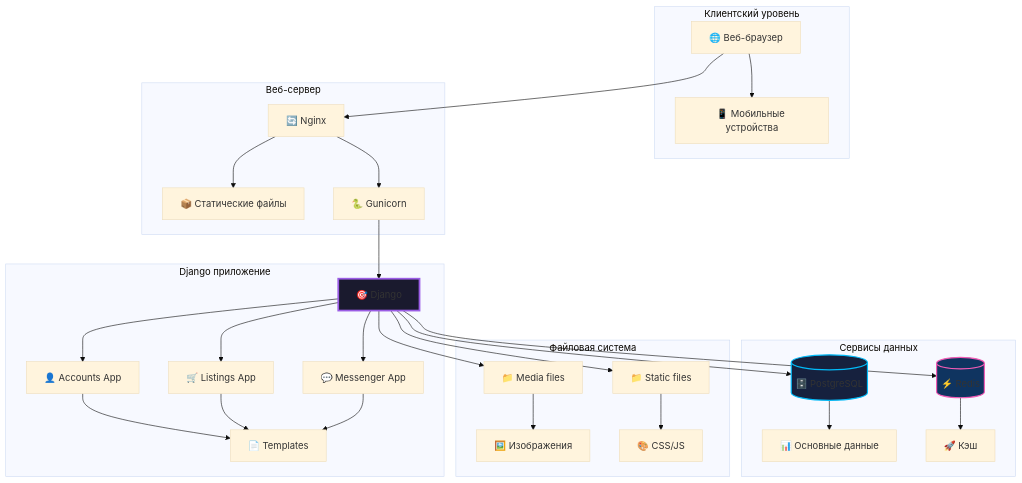
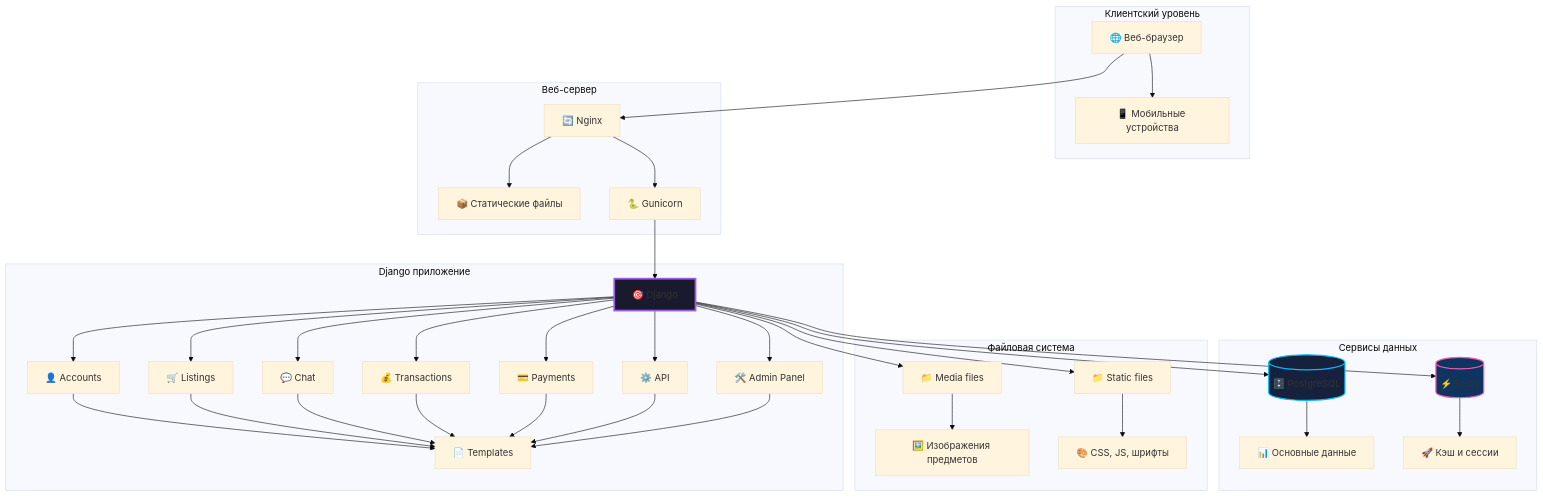
The diagram in README.md (reazonvan/LootLink---Marketplace), drawn with Mermaid (base theme) before and after one commit. The commit also changed other lines of this file, not shown here.

````diff
--- a/README.md
+++ b/README.md
@@ -148,42 +145,50 @@
 ```mermaid
 graph TB
     subgraph "Клиентский уровень"
         A[🌐 Веб-браузер] --> B[📱 Мобильные устройства]
     end
     
     subgraph "Веб-сервер"
         C[🔄 Nginx] --> D[📦 Статические файлы]
         C --> E[🐍 Gunicorn]
     end
     
     subgraph "Django приложение"
-        F[🎯 Django] --> G[👤 Accounts App]
-        F --> H[🛒 Listings App]
-        F --> I[💬 Messenger App]
+        F[🎯 Django] --> G[👤 Accounts]
+        F --> H[🛒 Listings]
+        F --> I[💬 Chat]
+        F --> J[💰 Transactions]
+        F --> K[💳 Payments]
+        F --> L[⚙️ API]
+        F --> M[🛠️ Admin Panel]
         
-        G --> J[📄 Templates]
-        H --> J
-        I --> J
+        G --> N[📄 Templates]
+        H --> N
+        I --> N
+        J --> N
+        K --> N
+        L --> N
+        M --> N
     end
     
     subgraph "Сервисы данных"
-        K[(🗄️ PostgreSQL)] --> L[📊 Основные данные]
-        M[(⚡ Redis)] --> N[🚀 Кэш]
+        O[(🗄️ PostgreSQL)] --> P[📊 Основные данные]
+        Q[(⚡ Redis)] --> R[🚀 Кэш и сессии]
     end
     
     subgraph "Файловая система"
-        O[📁 Media files] --> P[🖼️ Изображения]
-        Q[📁 Static files] --> R[🎨 CSS/JS]
+        S[📁 Media files] --> T[🖼️ Изображения предметов]
+        U[📁 Static files] --> V[🎨 CSS, JS, шрифты]
     end
     
     A --> C
     E --> F
-    F --> K
-    F --> M
     F --> O
     F --> Q
+    F --> S
+    F --> U
     
     style F fill:#1a1a2e,stroke:#9b5de5,stroke-width:3px
-    style K fill:#16213e,stroke:#00bbf9,stroke-width:2px
-    style M fill:#0f3460,stroke:#f15bb5,stroke-width:2px
+    style O fill:#16213e,stroke:#00bbf9,stroke-width:2px
+    style Q fill:#0f3460,stroke:#f15bb5,stroke-width:2px
 ```
````
